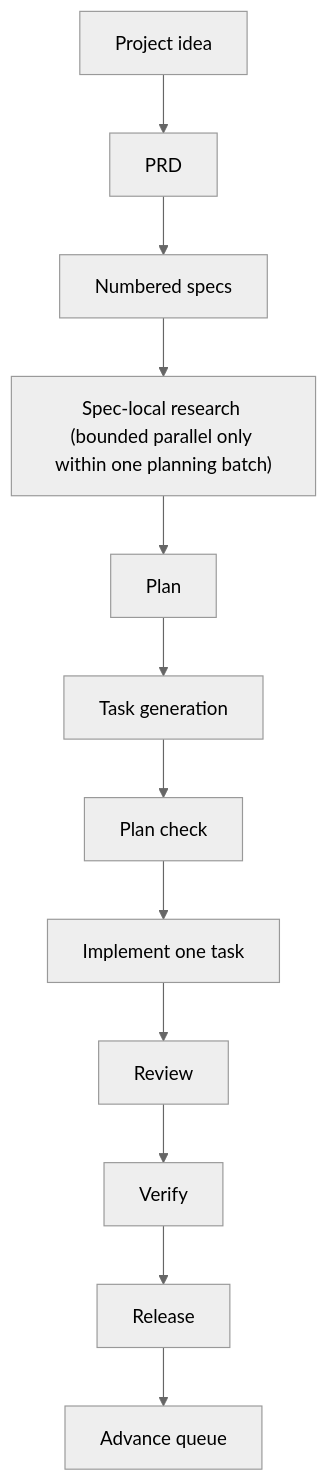
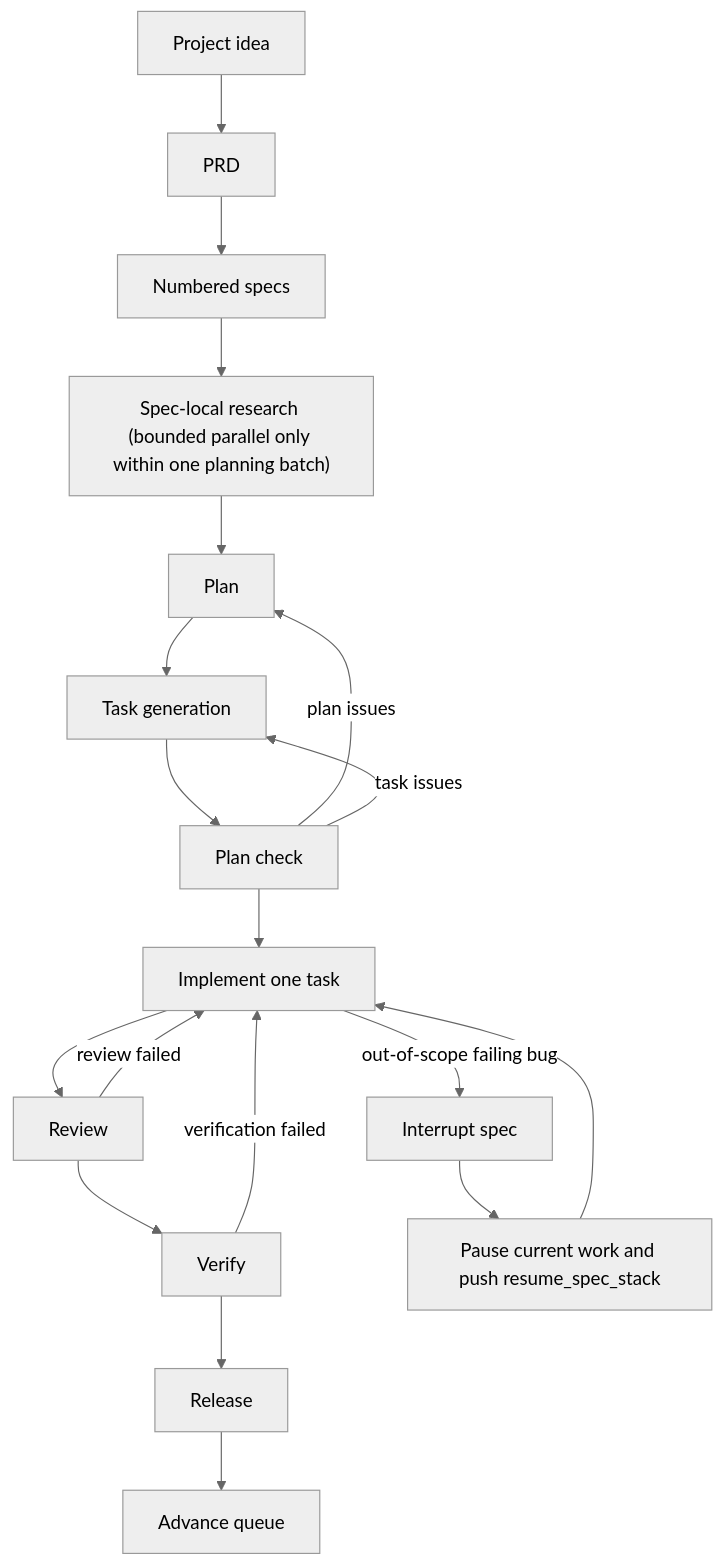
Before and after one commit to tolulawson/ralph-harness: the diagram in README.md, drawn with Mermaid (neutral theme). The commit also changed other lines of this file, not shown here.

Commit message:
docs: restore feedback loops in readme overview

````diff
--- a/README.md
+++ b/README.md
@@ -139,14 +139,21 @@
 ```mermaid
 flowchart TD
     A["Project idea"] --> B["PRD"]
     B --> C["Numbered specs"]
     C --> D["Spec-local research (bounded parallel only within one planning batch)"]
     D --> E["Plan"]
     E --> F["Task generation"]
     F --> G["Plan check"]
     G --> H["Implement one task"]
     H --> I["Review"]
     I --> J["Verify"]
     J --> K["Release"]
     K --> L["Advance queue"]
+    G -- "plan issues" --> E
+    G -- "task issues" --> F
+    I -- "review failed" --> H
+    J -- "verification failed" --> H
+    H -- "out-of-scope failing bug" --> M["Interrupt spec"]
+    M --> N["Pause current work and push resume_spec_stack"]
+    N --> H
 ```
````
